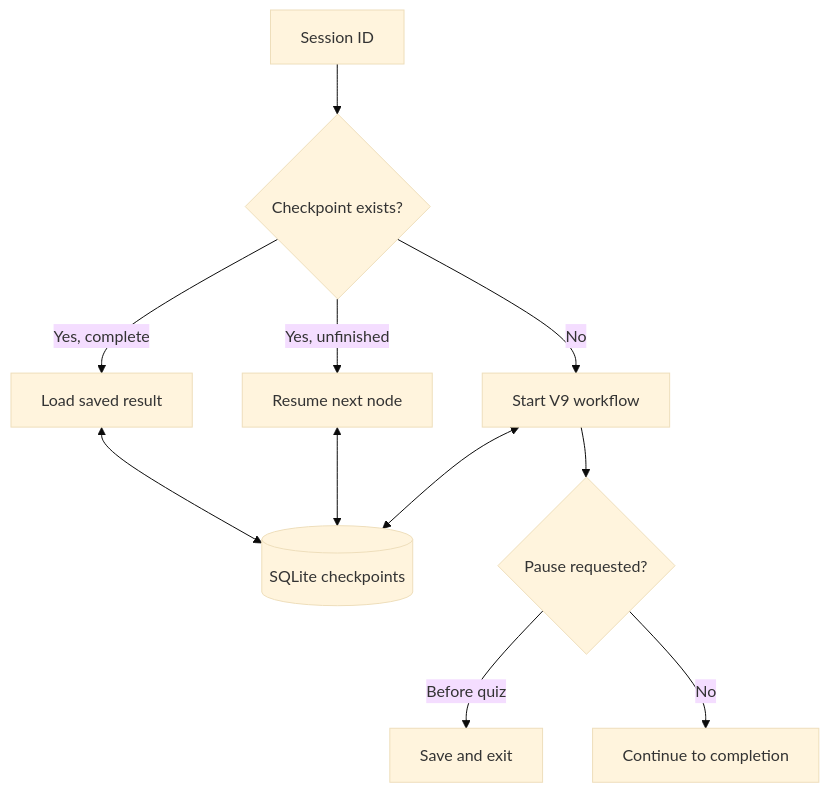
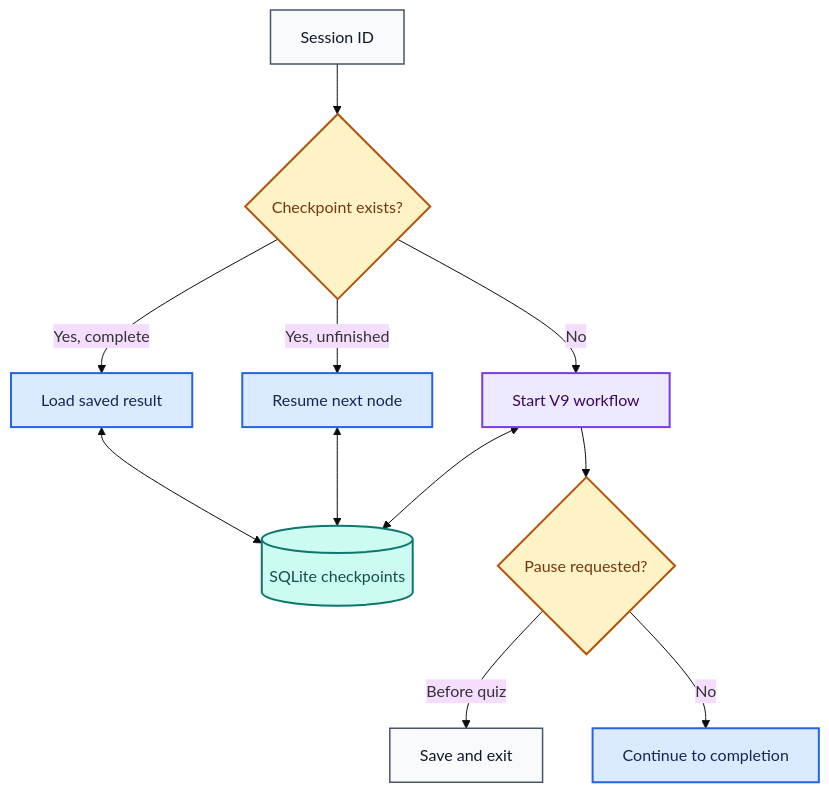
Diagram 11 of 20 in docs/ARCHITECTURE.md (anne500/multi-agent-study-guide), drawn with Mermaid (base theme) before and after one commit. The commit also changed other lines of this file and 7 other files, not shown here.

Commit message:
Add visual learning map and color-coded architecture documentation

````diff
--- a/docs/ARCHITECTURE.md
+++ b/docs/ARCHITECTURE.md
@@ -195,13 +262,23 @@
 ```mermaid
 flowchart TD
     A[Session ID] --> B{Checkpoint exists?}
     B -->|No| C[Start V9 workflow]
     B -->|Yes, unfinished| D[Resume next node]
     B -->|Yes, complete| E[Load saved result]
     C <--> F[(SQLite checkpoints)]
     D <--> F
     E <--> F
     C --> G{Pause requested?}
     G -->|Before quiz| H[Save and exit]
     G -->|No| I[Continue to completion]
+
+    classDef default fill:#F8FAFC,stroke:#475569,color:#0F172A,stroke-width:1.5px;
+    classDef decision fill:#FEF3C7,stroke:#B45309,color:#78350F,stroke-width:2px;
+    class B,G decision;
+    classDef model fill:#EDE9FE,stroke:#7C3AED,color:#3B0764,stroke-width:2px;
+    class C model;
+    classDef logic fill:#DBEAFE,stroke:#2563EB,color:#172554,stroke-width:2px;
+    class D,E,I logic;
+    classDef store fill:#CCFBF1,stroke:#0F766E,color:#134E4A,stroke-width:2px;
+    class F store;
 ```
````
